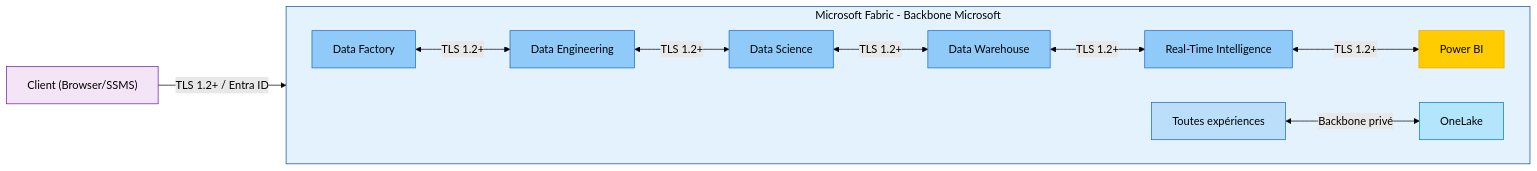
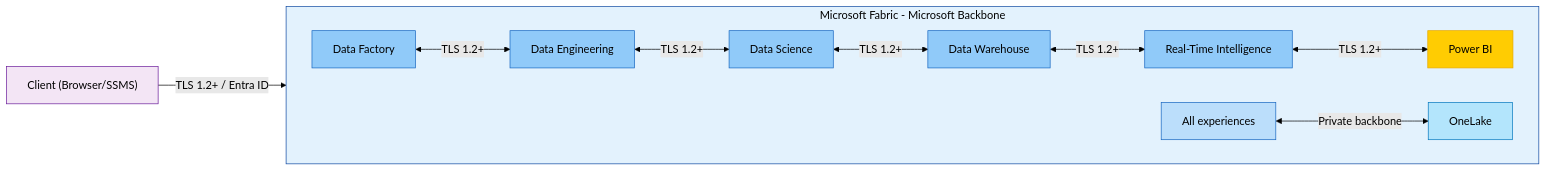
One commit to fredgis/fabric-foundry-kb changed the second of 12 diagrams in Fabric_Network_Security.md. Above: the diagram before and after it, drawn with Mermaid (forest theme). The commit also changed other lines of this file and 2 other files, not shown here.

First line of the commit message:
Translate Fabric Network Security guide to English

````diff
--- a/Fabric_Network_Security.md
+++ b/Fabric_Network_Security.md
@@ -110,25 +110,25 @@
 ```mermaid
 flowchart LR
-    subgraph Fabric["Microsoft Fabric - Backbone Microsoft"]
+    subgraph Fabric["Microsoft Fabric - Microsoft Backbone"]
         direction LR
         DF["Data Factory"] <-->|TLS 1.2+| DE["Data Engineering"]
         DE <-->|TLS 1.2+| DS["Data Science"]
         DS <-->|TLS 1.2+| DW["Data Warehouse"]
         DW <-->|TLS 1.2+| RTI["Real-Time Intelligence"]
         RTI <-->|TLS 1.2+| PBI["Power BI"]
-        ALL["Toutes expériences"] <-->|Backbone privé| OL["OneLake"]
+        ALL["All experiences"] <-->|Private backbone| OL["OneLake"]
     end
 
     Client["Client (Browser/SSMS)"] -->|TLS 1.2+ / Entra ID| Fabric
 
     style Fabric fill:#e3f2fd,stroke:#0d47a1,color:#000
     style DF fill:#90caf9,stroke:#1565c0,color:#000
     style DE fill:#90caf9,stroke:#1565c0,color:#000
     style DS fill:#90caf9,stroke:#1565c0,color:#000
     style DW fill:#90caf9,stroke:#1565c0,color:#000
     style RTI fill:#90caf9,stroke:#1565c0,color:#000
     style PBI fill:#ffcc02,stroke:#e6a800,color:#000
     style OL fill:#b3e5fc,stroke:#0277bd,color:#000
     style ALL fill:#bbdefb,stroke:#1565c0,color:#000
     style Client fill:#f3e5f5,stroke:#6a1b9a,color:#000
 ```
````
